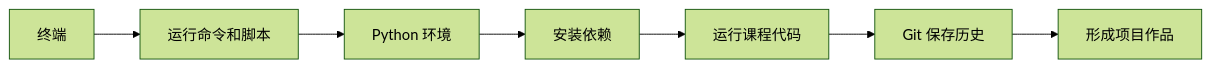
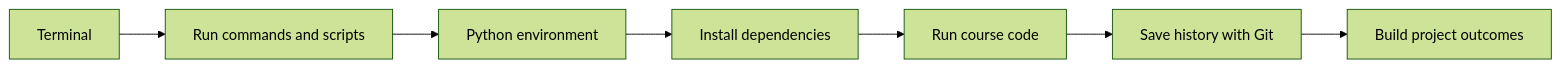
The second of 2 diagrams in docs/ch01-tools/index.md (oudbiao/AI-fullstack-course), drawn with Mermaid (forest theme) before and after one commit. The commit also changed other lines of this file and 1406 other files, not shown here.

````diff
--- a/docs/ch01-tools/index.md
+++ b/docs/ch01-tools/index.md
@@ -65,9 +65,9 @@
 ```mermaid
 flowchart LR
-  A[终端] --> B[运行命令和脚本]
-  B --> C[Python 环境]
-  C --> D[安装依赖]
-  D --> E[运行课程代码]
-  E --> F[Git 保存历史]
-  F --> G[形成项目作品]
+  A[Terminal] --> B[Run commands and scripts]
+  B --> C[Python environment]
+  C --> D[Install dependencies]
+  D --> E[Run course code]
+  E --> F[Save history with Git]
+  F --> G[Build project outcomes]
 ```
````
